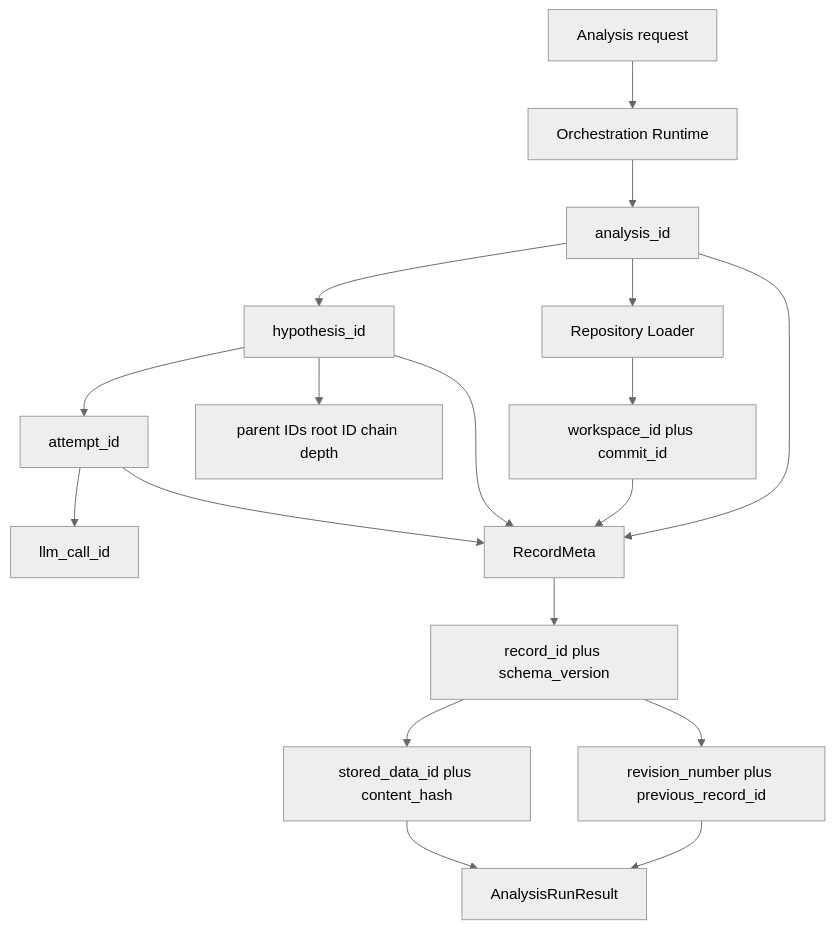
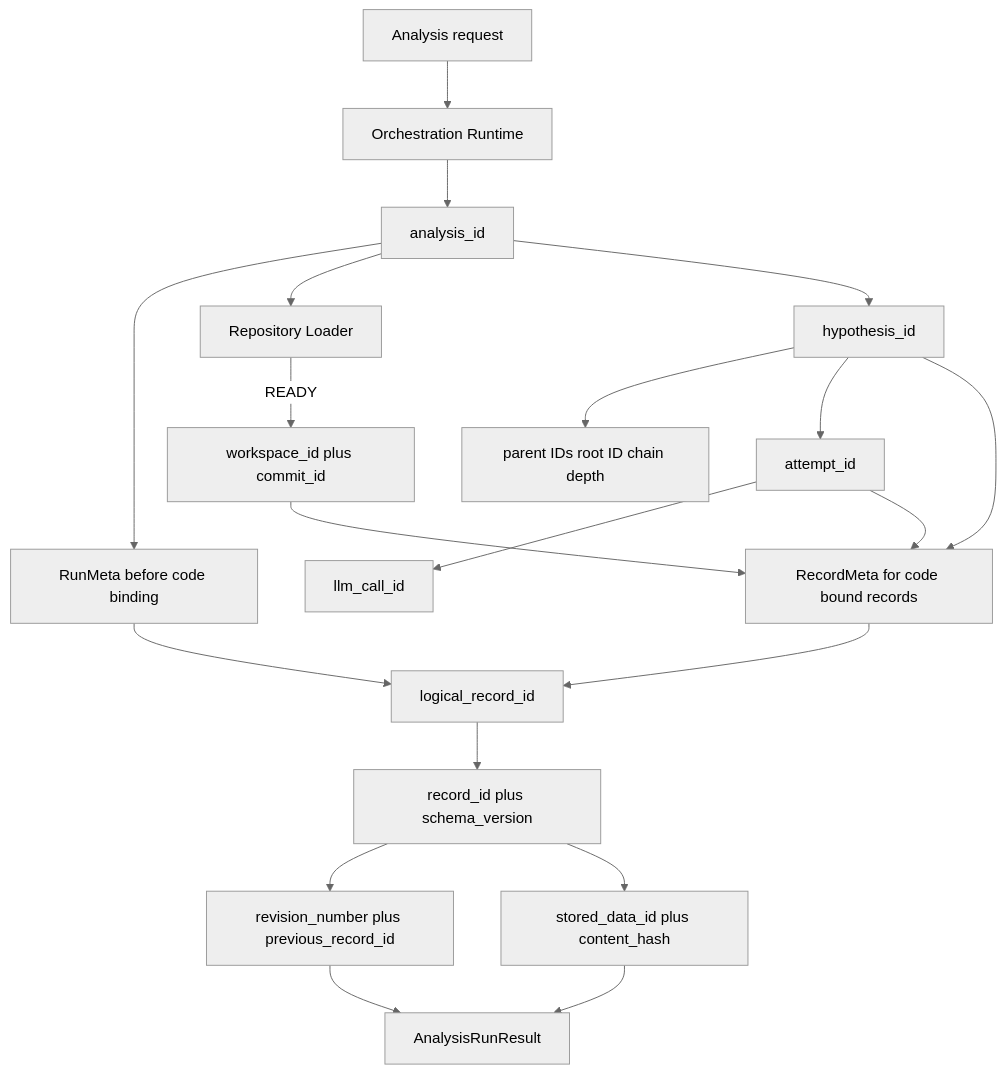
The ninth of 9 diagrams in docs/architecture-v5/13-architecture-diagrams.md (SASTsimi/sastsimi), drawn with Mermaid (neutral theme) before and after one commit. The commit also changed other lines of this file and 12 other files, not shown here.

````diff
--- a/docs/architecture-v5/13-architecture-diagrams.md
+++ b/docs/architecture-v5/13-architecture-diagrams.md
@@ -243,20 +241,22 @@
 ```mermaid
 flowchart TB
     INPUT[Analysis request] --> ORCH[Orchestration Runtime]
     ORCH --> ANA[analysis_id]
+    ANA --> RUNMETA[RunMeta before code binding]
     ANA --> LOADER[Repository Loader]
-    LOADER --> WORK[workspace_id plus commit_id]
+    LOADER -->|READY| WORK[workspace_id plus commit_id]
     ANA --> HYP[hypothesis_id]
     HYP --> REL[parent IDs root ID chain depth]
     HYP --> ATT[attempt_id]
     ATT --> CALL[llm_call_id]
-    ANA --> META[RecordMeta]
     WORK --> META
     HYP --> META
     ATT --> META
-    META --> REC[record_id plus schema_version]
+    RUNMETA --> LOGICAL[logical_record_id]
+    META[RecordMeta for code bound records] --> LOGICAL
+    LOGICAL --> REC[record_id plus schema_version]
     REC --> REV[revision_number plus previous_record_id]
     REC --> DATA[stored_data_id plus content_hash]
     REV --> RUN[AnalysisRunResult]
     DATA --> RUN
 ```
````
